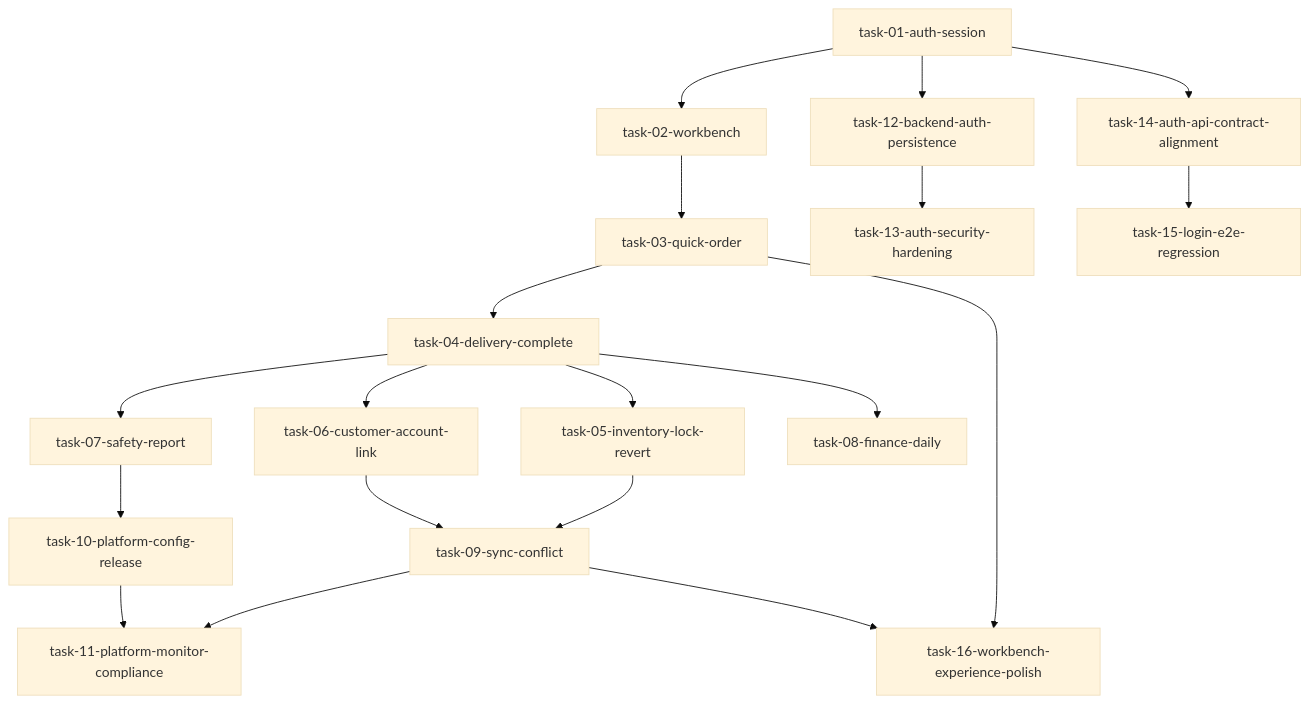
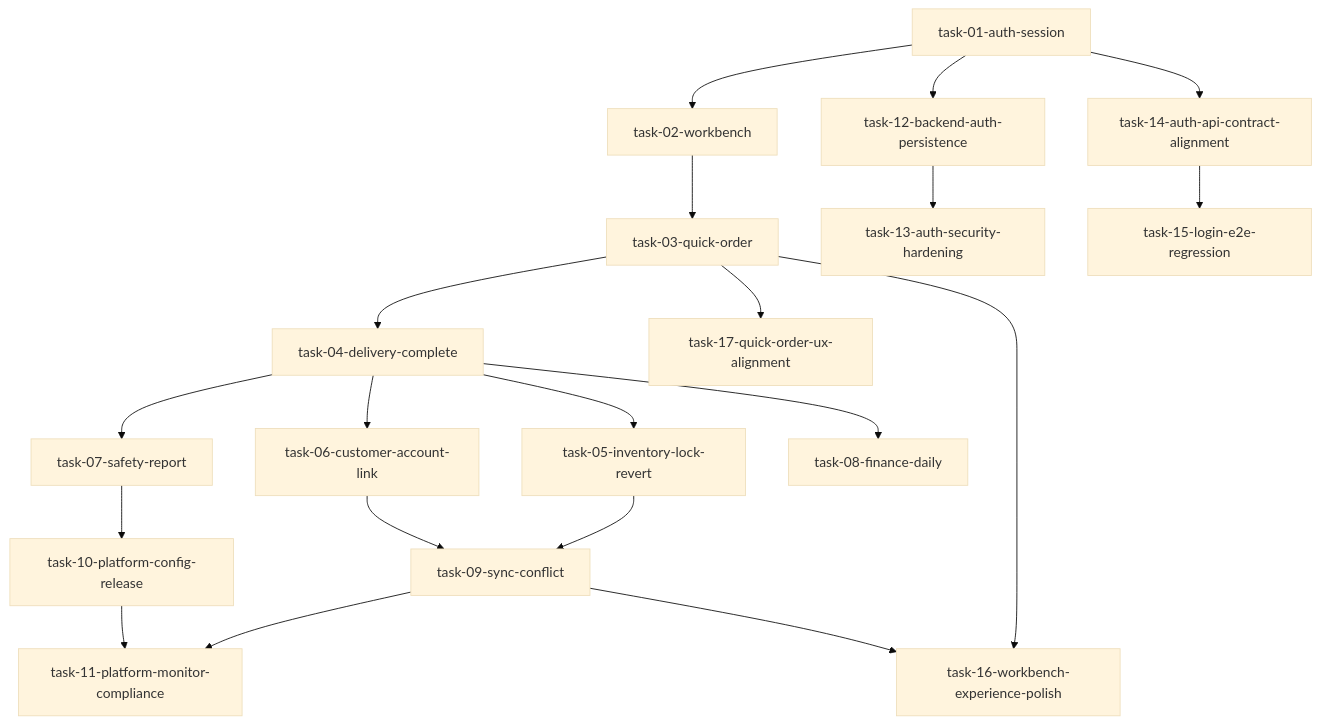
The diagram in .trellis/tasks/feature-task-map.md (PojoZheng/lpg_gas_project), drawn with Mermaid (base theme) before and after one commit. The commit also changed other lines of this file and 20 other files, not shown here.

````diff
--- a/.trellis/tasks/feature-task-map.md
+++ b/.trellis/tasks/feature-task-map.md
@@ -17,21 +18,22 @@
 ```mermaid
 flowchart TD
 t01[task-01-auth-session] --> t02[task-02-workbench]
 t02 --> t03[task-03-quick-order]
 t03 --> t04[task-04-delivery-complete]
 t04 --> t05[task-05-inventory-lock-revert]
 t04 --> t06[task-06-customer-account-link]
 t04 --> t07[task-07-safety-report]
 t04 --> t08[task-08-finance-daily]
 t05 --> t09[task-09-sync-conflict]
 t06 --> t09
 t07 --> t10[task-10-platform-config-release]
 t09 --> t11[task-11-platform-monitor-compliance]
 t10 --> t11
 t01 --> t12[task-12-backend-auth-persistence]
 t12 --> t13[task-13-auth-security-hardening]
 t01 --> t14[task-14-auth-api-contract-alignment]
 t14 --> t15[task-15-login-e2e-regression]
 t03 --> t16[task-16-workbench-experience-polish]
 t09 --> t16
+t03 --> t17[task-17-quick-order-ux-alignment]
 ```
````
